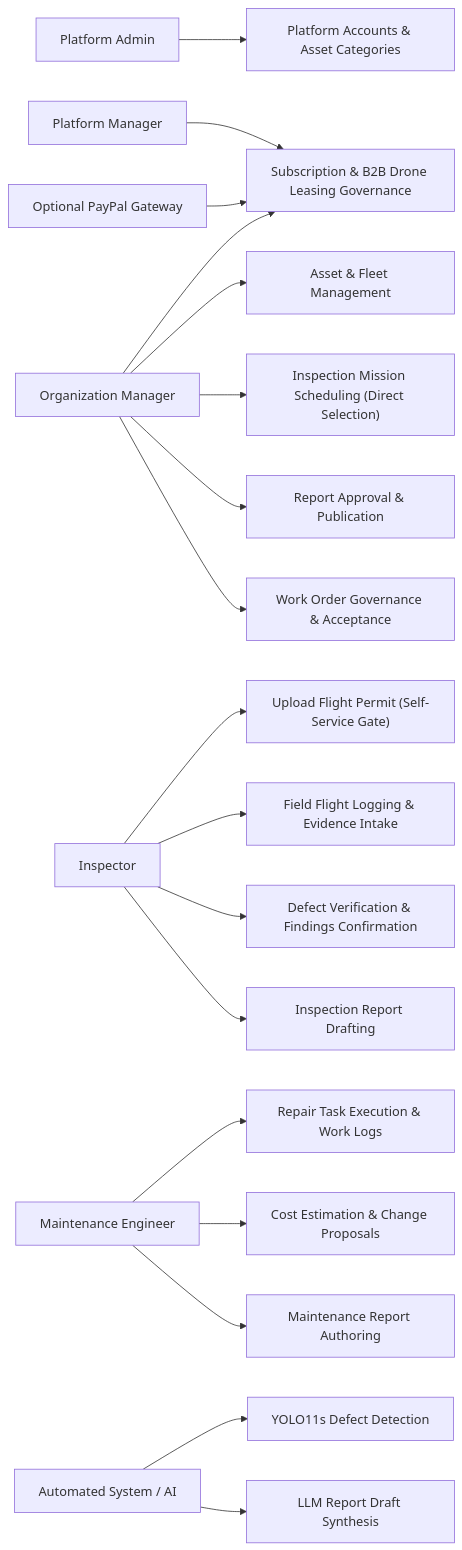
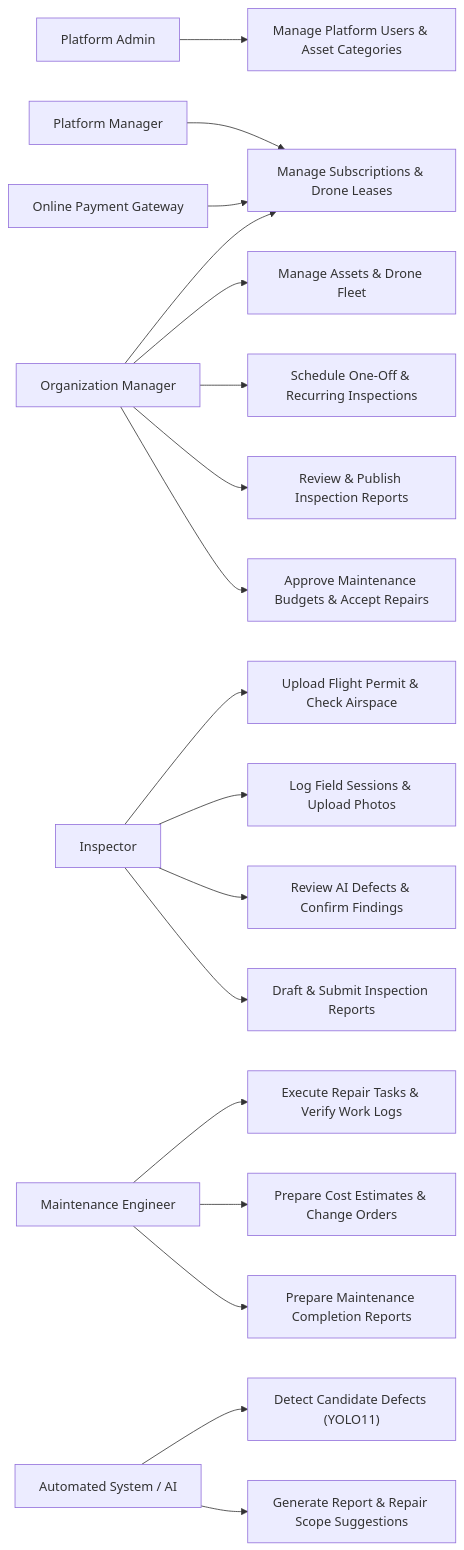
The diagram in reports/report-3-software-requirement-specification/02-user-requirements.md (tungbach12/SmartDroneInspection-Docs), drawn with Mermaid before and after one commit. The commit also changed other lines of this file and 155 other files, not shown here.

Commit message:
docs(reports): align Reports 1-5 and Review 2 pack with 12 features (FE-01..FE-12) and SEP490 templates

````diff
--- a/reports/report-3-software-requirement-specification/02-user-requirements.md
+++ b/reports/report-3-software-requirement-specification/02-user-requirements.md
@@ -28,23 +26,23 @@
 ```mermaid
 flowchart LR
-  PA["Platform Admin"] --> UC_GOV["Platform Accounts & Asset Categories"]
-  PM["Platform Manager"] --> UC_SUB["Subscription & B2B Drone Leasing Governance"]
-  PP["Optional PayPal Gateway"] --> UC_SUB
+  PA["Platform Admin"] --> UC_GOV["Manage Platform Users & Asset Categories"]
+  PM["Platform Manager"] --> UC_SUB["Manage Subscriptions & Drone Leases"]
+  PP["Online Payment Gateway"] --> UC_SUB
   OM["Organization Manager"] --> UC_SUB
-  OM --> UC_ASSET["Asset & Fleet Management"]
-  OM --> UC_SCHED["Inspection Mission Scheduling (Direct Selection)"]
-  OM --> UC_REV["Report Approval & Publication"]
-  OM --> UC_MAINT_GOV["Work Order Governance & Acceptance"]
+  OM --> UC_ASSET["Manage Assets & Drone Fleet"]
+  OM --> UC_SCHED["Schedule One-Off & Recurring Inspections"]
+  OM --> UC_REV["Review & Publish Inspection Reports"]
+  OM --> UC_MAINT_GOV["Approve Maintenance Budgets & Accept Repairs"]
 
-  IN["Inspector"] --> UC_PERMIT["Upload Flight Permit (Self-Service Gate)"]
-  IN --> UC_EXEC["Field Flight Logging & Evidence Intake"]
-  IN --> UC_DEFECT["Defect Verification & Findings Confirmation"]
-  IN --> UC_REP_AUTH["Inspection Report Drafting"]
+  IN["Inspector"] --> UC_PERMIT["Upload Flight Permit & Check Airspace"]
+  IN --> UC_EXEC["Log Field Sessions & Upload Photos"]
+  IN --> UC_DEFECT["Review AI Defects & Confirm Findings"]
+  IN --> UC_REP_AUTH["Draft & Submit Inspection Reports"]
 
-  ME["Maintenance Engineer"] --> UC_TASK["Repair Task Execution & Work Logs"]
-  ME --> UC_EST["Cost Estimation & Change Proposals"]
-  ME --> UC_COMP_AUTH["Maintenance Report Authoring"]
+  ME["Maintenance Engineer"] --> UC_TASK["Execute Repair Tasks & Verify Work Logs"]
+  ME --> UC_EST["Prepare Cost Estimates & Change Orders"]
+  ME --> UC_COMP_AUTH["Prepare Maintenance Completion Reports"]
 
-  SYS["Automated System / AI"] --> UC_AI["YOLO11s Defect Detection"]
-  SYS --> UC_LLM["LLM Report Draft Synthesis"]
+  SYS["Automated System / AI"] --> UC_AI["Detect Candidate Defects (YOLO11)"]
+  SYS --> UC_LLM["Generate Report & Repair Scope Suggestions"]
 ```
````
